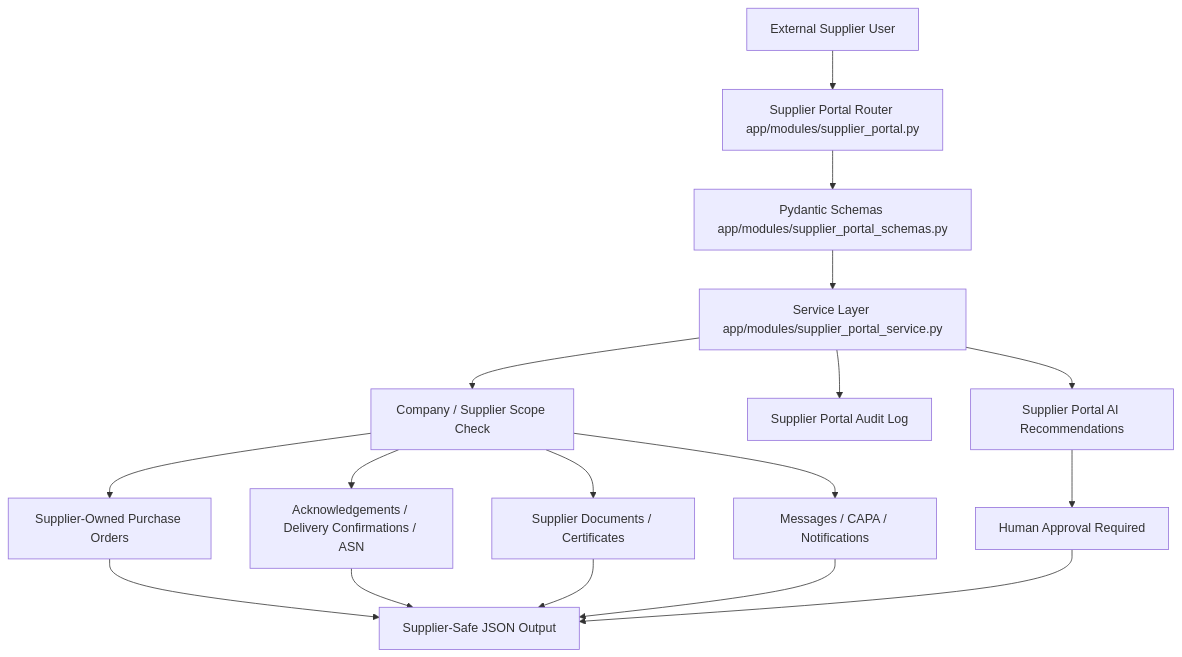
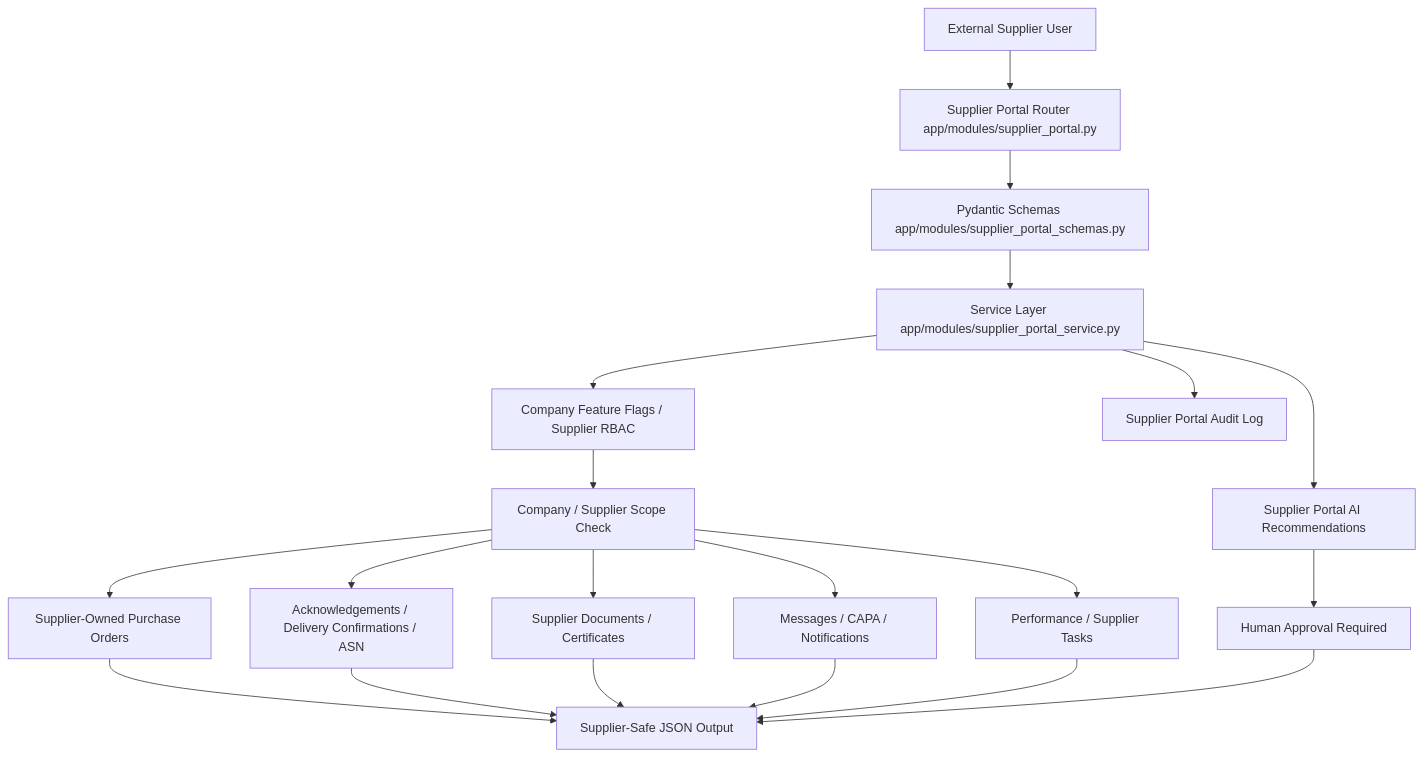
The ninth of 12 diagrams in docs/end-to-end-scheme.md (vinodreddy1999/manufacturing-operations-platform), drawn with Mermaid before and after one commit. The commit also changed other lines of this file and 7 other files, not shown here.

````diff
--- a/docs/end-to-end-scheme.md
+++ b/docs/end-to-end-scheme.md
@@ -539,19 +543,22 @@
 ```mermaid
 flowchart TD
     ExternalSupplier["External Supplier User"] --> SupplierRoute["Supplier Portal Router app/modules/supplier_portal.py"]
     SupplierRoute --> SupplierSchemas["Pydantic Schemas app/modules/supplier_portal_schemas.py"]
     SupplierSchemas --> SupplierService["Service Layer app/modules/supplier_portal_service.py"]
-    SupplierService --> Scope["Company / Supplier Scope Check"]
+    SupplierService --> Enablement["Company Feature Flags / Supplier RBAC"]
+    Enablement --> Scope["Company / Supplier Scope Check"]
     Scope --> POs["Supplier-Owned Purchase Orders"]
     Scope --> Deliveries["Acknowledgements / Delivery Confirmations / ASN"]
     Scope --> Docs["Supplier Documents / Certificates"]
     Scope --> Messages["Messages / CAPA / Notifications"]
+    Scope --> ScoreTasks["Performance / Supplier Tasks"]
     SupplierService --> Audit["Supplier Portal Audit Log"]
     SupplierService --> SupplierAI["Supplier Portal AI Recommendations"]
     SupplierAI --> HumanApproval["Human Approval Required"]
     POs --> SafeOutput["Supplier-Safe JSON Output"]
     Deliveries --> SafeOutput
     Docs --> SafeOutput
     Messages --> SafeOutput
+    ScoreTasks --> SafeOutput
     HumanApproval --> SafeOutput
 ```
````
